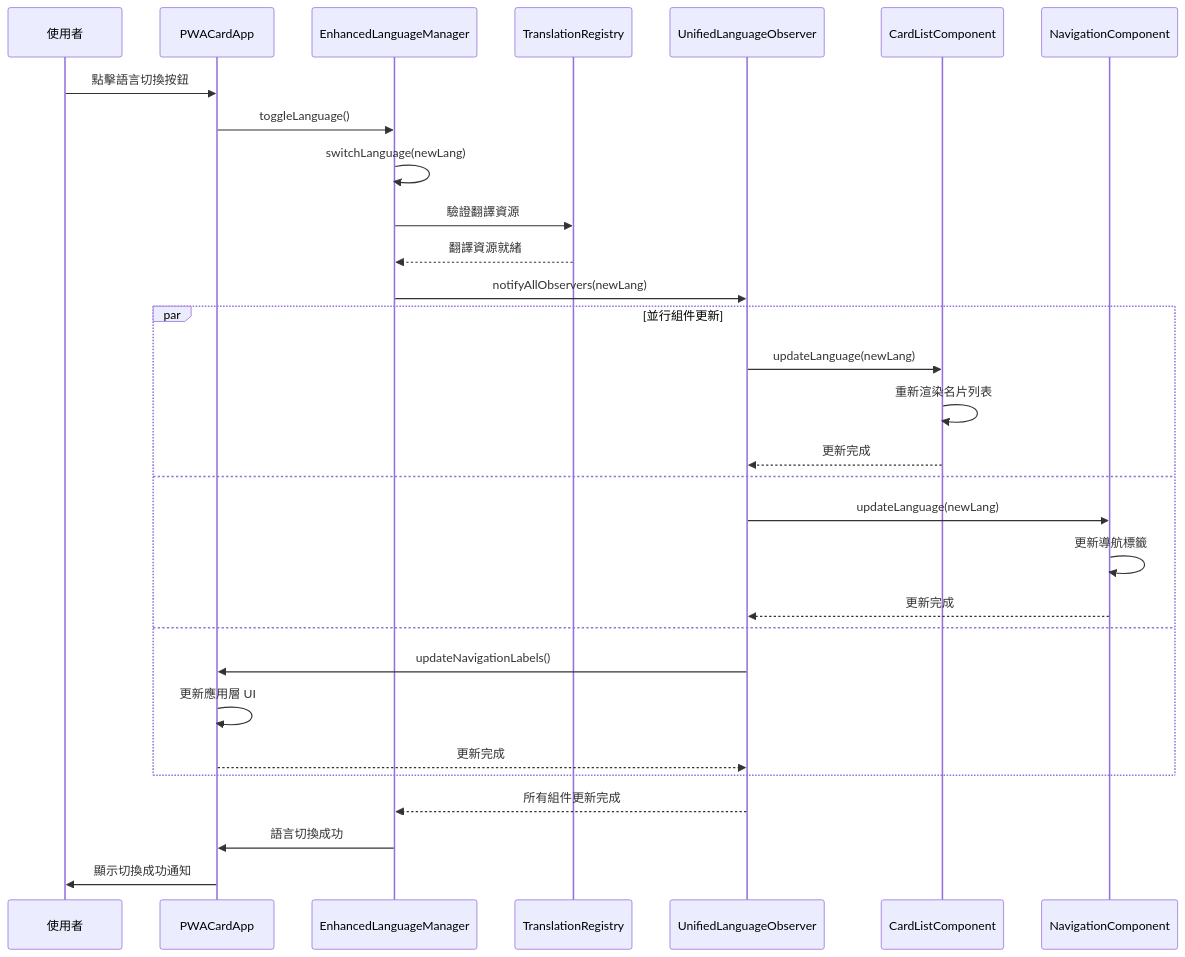
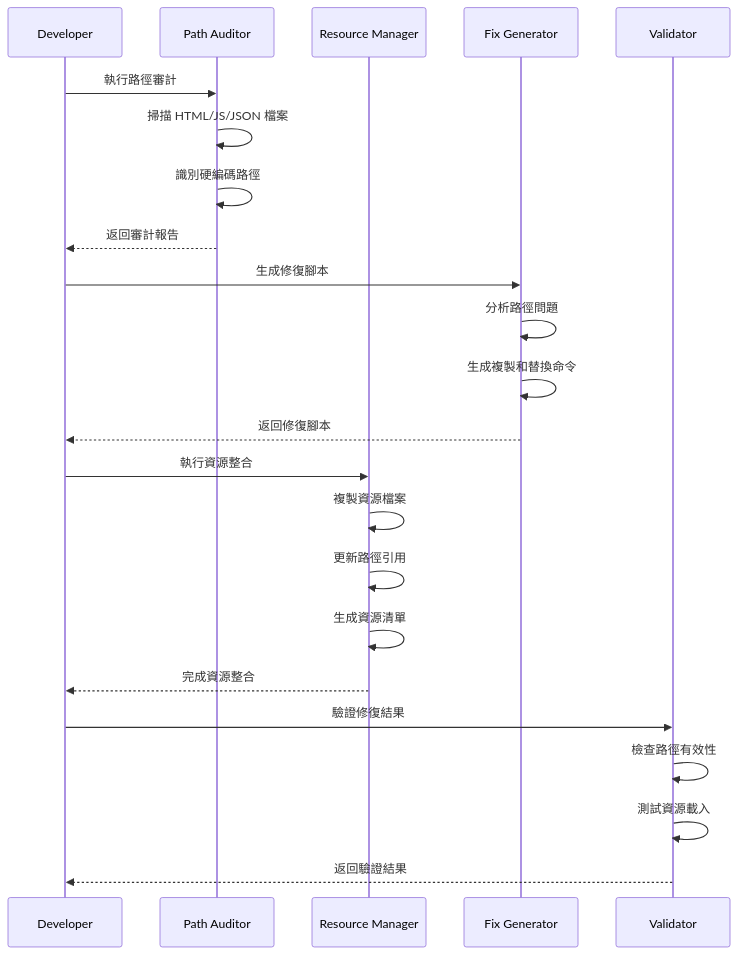
The second of 4 diagrams in docs/design.md (iim0663418/DB-Card), drawn with Mermaid before and after one commit. The commit also changed other lines of this file and 319 other files, not shown here.

````diff
--- a/docs/design.md
+++ b/docs/design.md
@@ -59,36 +1126,29 @@
 ```mermaid
 sequenceDiagram
-    participant User as 使用者
-    participant App as PWACardApp
-    participant ELM as EnhancedLanguageManager
-    participant TR as TranslationRegistry
-    participant ULO as UnifiedLanguageObserver
-    participant CL as CardListComponent
-    participant Nav as NavigationComponent
-
-    User->>App: 點擊語言切換按鈕
-    App->>ELM: toggleLanguage()
-    ELM->>ELM: switchLanguage(newLang)
-    ELM->>TR: 驗證翻譯資源
-    TR-->>ELM: 翻譯資源就緒
+    participant Dev as Developer
+    participant PA as Path Auditor
+    participant RM as Resource Manager
+    participant FG as Fix Generator
+    participant Val as Validator
     
-    ELM->>ULO: notifyAllObservers(newLang)
+    Dev->>PA: 執行路徑審計
+    PA->>PA: 掃描 HTML/JS/JSON 檔案
+    PA->>PA: 識別硬編碼路徑
+    PA-->>Dev: 返回審計報告
     
-    par 並行組件更新
-        ULO->>CL: updateLanguage(newLang)
-        CL->>CL: 重新渲染名片列表
-        CL-->>ULO: 更新完成
-    and
-        ULO->>Nav: updateLanguage(newLang)
-        Nav->>Nav: 更新導航標籤
-        Nav-->>ULO: 更新完成
-    and
-        ULO->>App: updateNavigationLabels()
-        App->>App: 更新應用層 UI
-        App-->>ULO: 更新完成
-    end
+    Dev->>FG: 生成修復腳本
+    FG->>FG: 分析路徑問題
+    FG->>FG: 生成複製和替換命令
+    FG-->>Dev: 返回修復腳本
     
-    ULO-->>ELM: 所有組件更新完成
-    ELM->>App: 語言切換成功
-    App->>User: 顯示切換成功通知
+    Dev->>RM: 執行資源整合
+    RM->>RM: 複製資源檔案
+    RM->>RM: 更新路徑引用
+    RM->>RM: 生成資源清單
+    RM-->>Dev: 完成資源整合
+    
+    Dev->>Val: 驗證修復結果
+    Val->>Val: 檢查路徑有效性
+    Val->>Val: 測試資源載入
+    Val-->>Dev: 返回驗證結果
 ```
````
